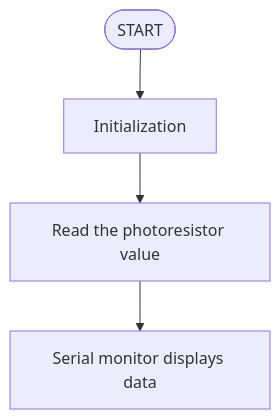
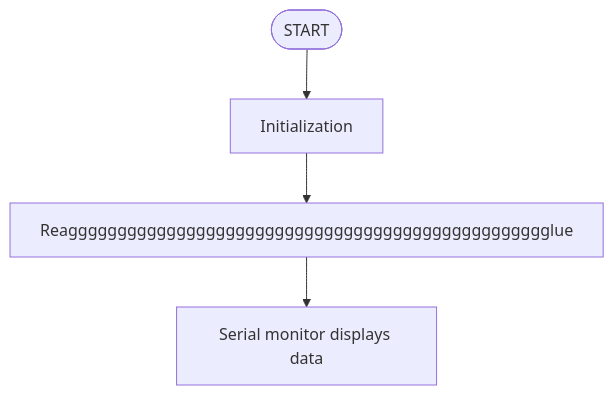
Before and after one commit to keyestudio/KS0597-: the sixth of 6 diagrams in docs/4.Arduino Projects/4.3 Projects/Project 1.md, drawn with Mermaid. The commit also changed other lines of this file, not shown here.

````diff
--- a/docs/4.Arduino Projects/4.3 Projects/Project 1.md
+++ b/docs/4.Arduino Projects/4.3 Projects/Project 1.md
@@ -408,7 +408,7 @@
 ```mermaid
 graph TD
     A([START]) --> B[Initialization]
-    B --> C[Read the photoresistor value]
+    B --> C[Reaggggggggggggggggggggggggggggggggggggggggggggggggglue]
     C --> D[Serial monitor displays data]
     
 ```
````
